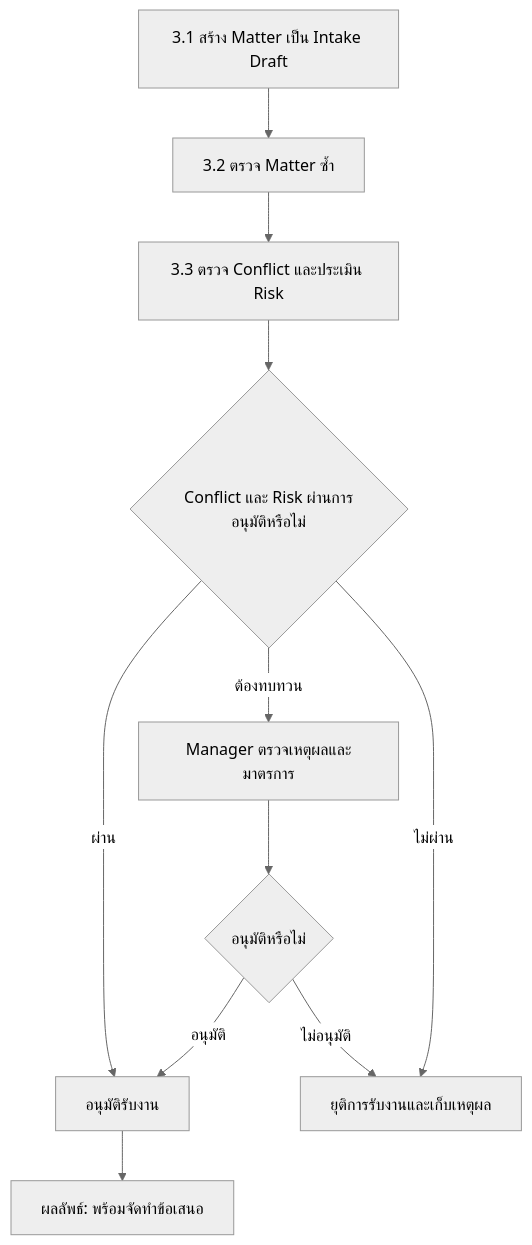
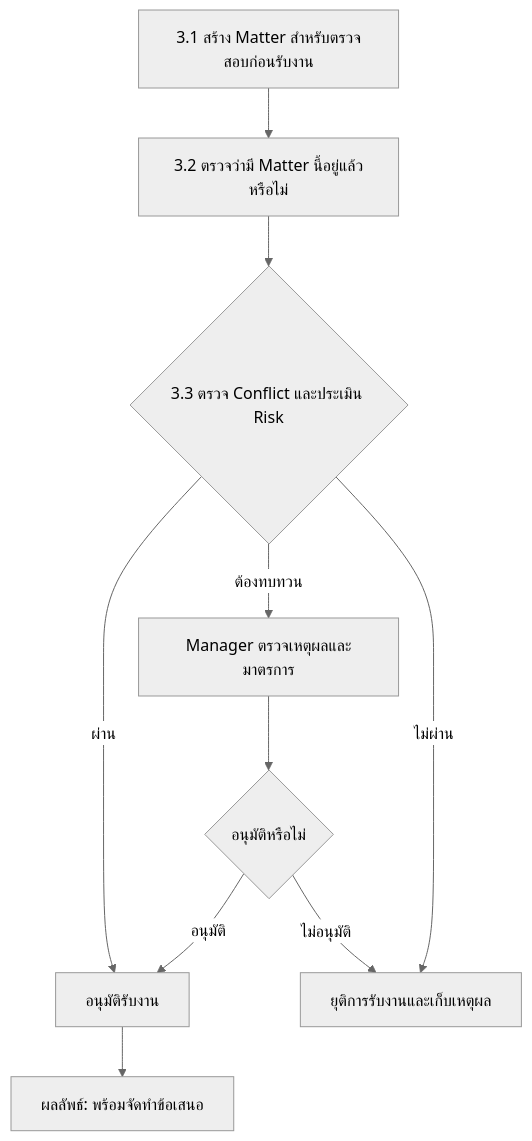
One commit to yukasung/legal_erp_docs changed the third of 7 diagrams in docs/app/docs/workflow/page.mdx. Above: the diagram before and after it, drawn with Mermaid (neutral theme).

Commit message:
docs: clarify matter intake workflow

````diff
--- a/docs/app/docs/workflow/page.mdx
+++ b/docs/app/docs/workflow/page.mdx
@@ -70,13 +70,12 @@
 ```mermaid
 flowchart TD
-  A["3.1 สร้าง Matter เป็น Intake Draft"] --> B["3.2 ตรวจ Matter ซ้ำ"]
-  B --> C["3.3 ตรวจ Conflict และประเมิน Risk"]
-  C --> D{"Conflict และ Risk ผ่านการอนุมัติหรือไม่"}
-  D -->|ผ่าน| E["อนุมัติรับงาน"]
-  D -->|ต้องทบทวน| F["Manager ตรวจเหตุผลและมาตรการ"]
+  A["3.1 สร้าง Matter สำหรับตรวจสอบก่อนรับงาน"] --> B["3.2 ตรวจว่ามี Matter นี้อยู่แล้วหรือไม่"]
+  B --> C{"3.3 ตรวจ Conflict และประเมิน Risk"}
+  C -->|ผ่าน| E["อนุมัติรับงาน"]
+  C -->|ต้องทบทวน| F["Manager ตรวจเหตุผลและมาตรการ"]
   F --> G{"อนุมัติหรือไม่"}
   G -->|อนุมัติ| E
   G -->|ไม่อนุมัติ| H["ยุติการรับงานและเก็บเหตุผล"]
-  D -->|ไม่ผ่าน| H
+  C -->|ไม่ผ่าน| H
   E --> R["ผลลัพธ์: พร้อมจัดทำข้อเสนอ"]
 ```
````
